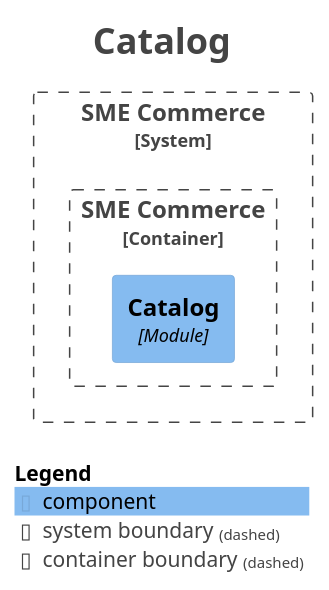
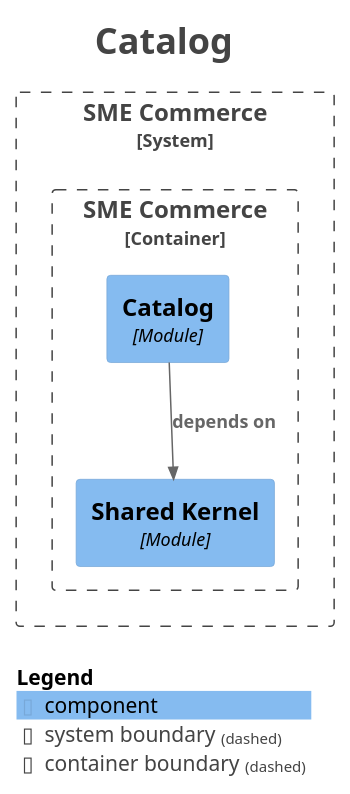
The diagram in docs/modules/module-catalog.puml (hezronokwach/sme-commerce-platform), drawn with PlantUML before and after one commit. The commit also changed 14 other files, not shown here.

```diff
--- a/docs/modules/module-catalog.puml
+++ b/docs/modules/module-catalog.puml
@@ -1,27 +1,30 @@
 @startuml
 title <size:24>Catalog</size>
 
 set separator none
 top to bottom direction
 
 <style>
   root {
     BackgroundColor: #ffffff
     FontColor: #444444
   }
 </style>
 
 !include <C4/C4>
 !include <C4/C4_Context>
 !include <C4/C4_Component>
 
 System_Boundary("SMECommerce_boundary", "SME Commerce", $tags="") {
   Container_Boundary("SMECommerce.SMECommerce_boundary", "SME Commerce", $tags="") {
     Component(SMECommerce.SMECommerce.Catalog, "Catalog", $techn="Module", $descr="", $tags="", $link="")
+    Component(SMECommerce.SMECommerce.SharedKernel, "Shared Kernel", $techn="Module", $descr="", $tags="", $link="")
   }
 
 }
 
+Rel(SMECommerce.SMECommerce.Catalog, SMECommerce.SMECommerce.SharedKernel, "depends on", $techn="", $tags="", $link="")
+
 SHOW_LEGEND(true)
 hide stereotypes
 @enduml
```
